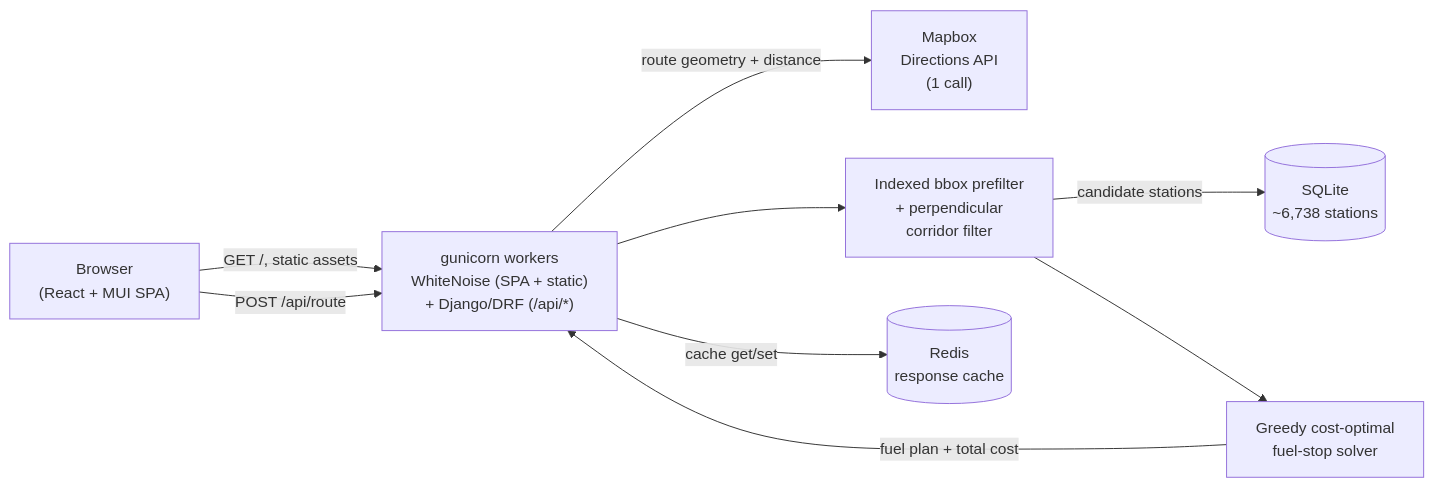
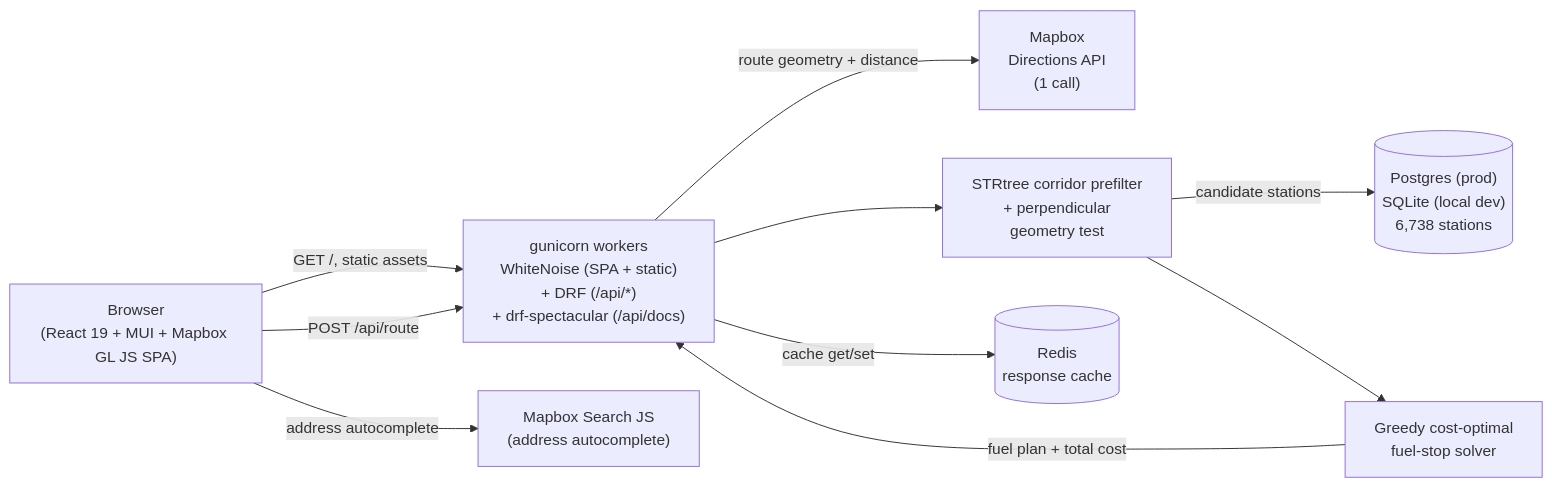
The first of 2 diagrams in README.md (jadrianports/tankwise), drawn with Mermaid before and after one commit. The commit also changed other lines of this file, not shown here.

````diff
--- a/README.md
+++ b/README.md
@@ -48,19 +59,21 @@
 ```mermaid
 flowchart LR
-    Browser["Browser<br/>(React + MUI SPA)"]
-    Gunicorn["gunicorn workers<br/>WhiteNoise (SPA + static)<br/>+ Django/DRF (/api/*)"]
-    Mapbox["Mapbox<br/>Directions API<br/>(1 call)"]
-    Corridor["Indexed bbox prefilter<br/>+ perpendicular<br/>corridor filter"]
+    Browser["Browser<br/>(React 19 + MUI + Mapbox GL JS SPA)"]
+    Gunicorn["gunicorn workers<br/>WhiteNoise (SPA + static)<br/>+ DRF (/api/*)<br/>+ drf-spectacular (/api/docs)"]
+    Search["Mapbox Search JS<br/>(address autocomplete)"]
+    Directions["Mapbox<br/>Directions API<br/>(1 call)"]
+    Corridor["STRtree corridor prefilter<br/>+ perpendicular<br/>geometry test"]
     Solver["Greedy cost-optimal<br/>fuel-stop solver"]
-    Redis[("Redis<br/>response cache")]
-    SQLite[("SQLite<br/>~6,738 stations")]
+    Cache[("Redis<br/>response cache")]
+    DB[("Postgres (prod)<br/>SQLite (local dev)<br/>6,738 stations")]
 
+    Browser -- "address autocomplete" --> Search
     Browser -- "GET /, static assets" --> Gunicorn
     Browser -- "POST /api/route" --> Gunicorn
-    Gunicorn -- "cache get/set" --> Redis
-    Gunicorn -- "route geometry + distance" --> Mapbox
+    Gunicorn -- "cache get/set" --> Cache
+    Gunicorn -- "route geometry + distance" --> Directions
     Gunicorn --> Corridor
-    Corridor -- "candidate stations" --> SQLite
+    Corridor -- "candidate stations" --> DB
     Corridor --> Solver
     Solver -- "fuel plan + total cost" --> Gunicorn
 ```
````
